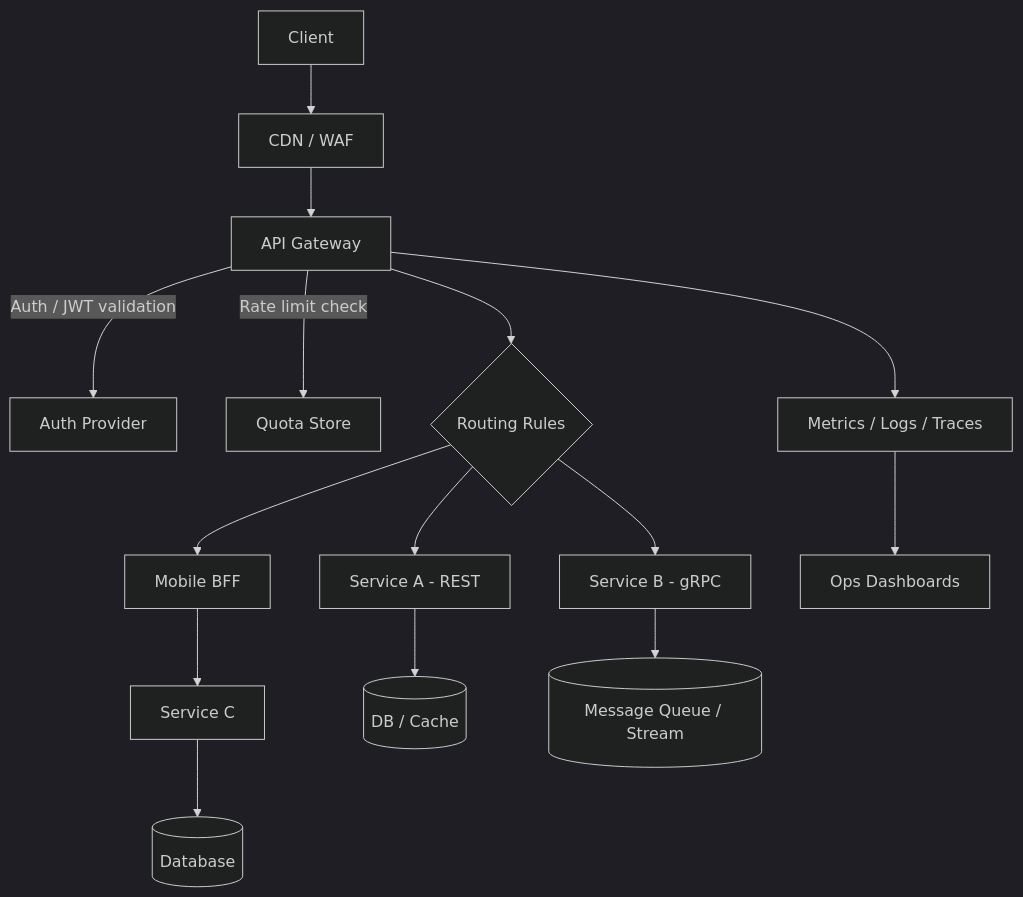
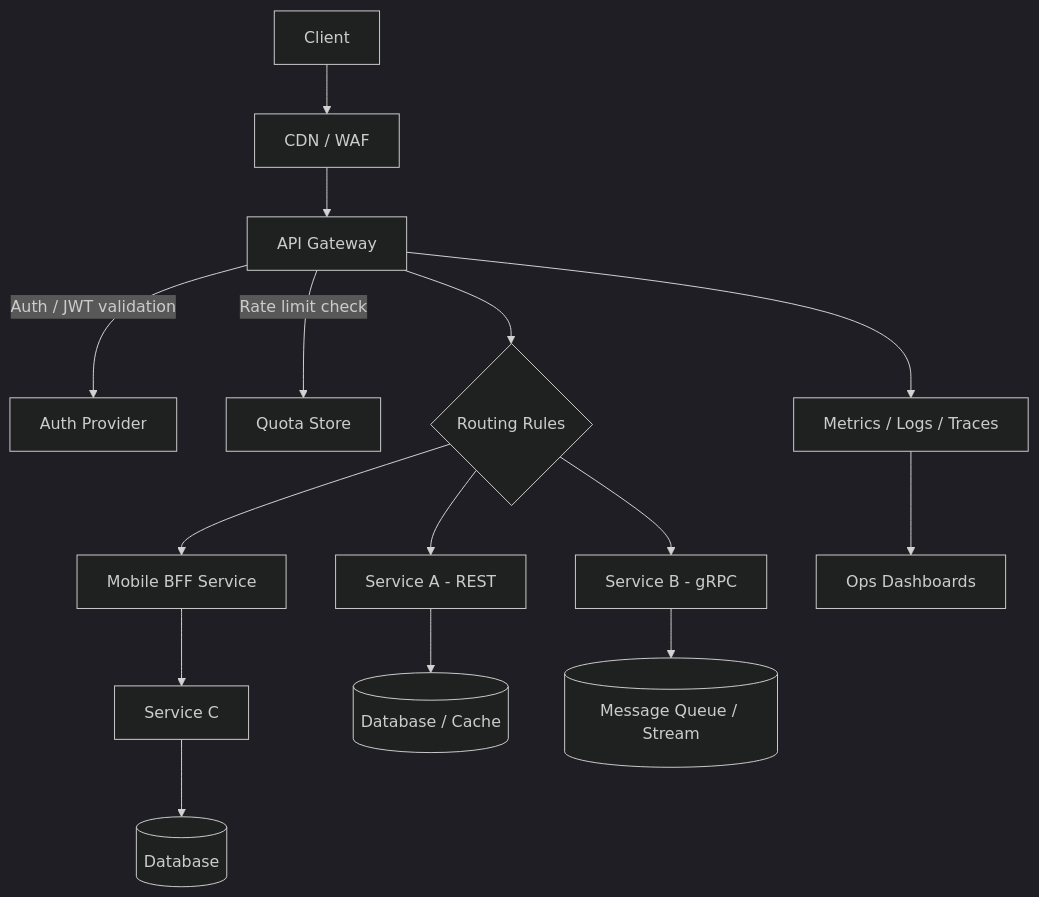
One commit to 1st/interview changed the diagram in 07. System Design/diagrams/api_gateway_flow.md. Above: the diagram before and after it, drawn with Mermaid (dark theme). The commit also changed other lines of this file, not shown here.

````diff
--- a/07. System Design/diagrams/api_gateway_flow.md
+++ b/07. System Design/diagrams/api_gateway_flow.md
@@ -3,17 +3,17 @@
 ```mermaid
 graph TD
     Client[Client] --> Edge[CDN / WAF]
     Edge --> Gateway[API Gateway]
     Gateway -->|Auth / JWT validation| AuthService[Auth Provider]
     Gateway -->|Rate limit check| QuotaService[Quota Store]
     Gateway --> Router{Routing Rules}
     Router --> ServiceA[Service A - REST]
     Router --> ServiceB[Service B - gRPC]
-    Router --> BFF[Mobile BFF]
+    Router --> BFF[Mobile BFF Service]
     BFF --> ServiceC[Service C]
-    ServiceA --> DB1[(DB / Cache)]
+    ServiceA --> DB1[(Database / Cache)]
     ServiceB --> DB2[(Message Queue / Stream)]
     ServiceC --> DB3[(Database)]
     Gateway --> Observability[Metrics / Logs / Traces]
     Observability --> Ops[Ops Dashboards]
 ```
````
